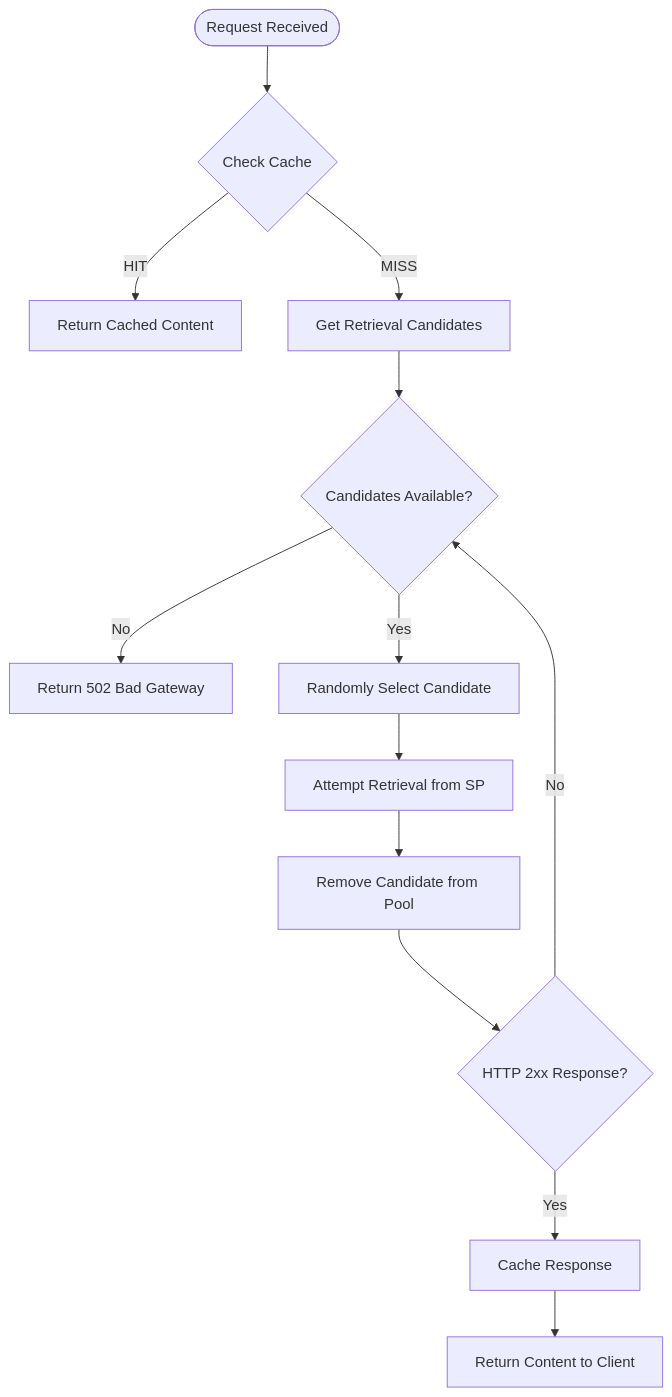
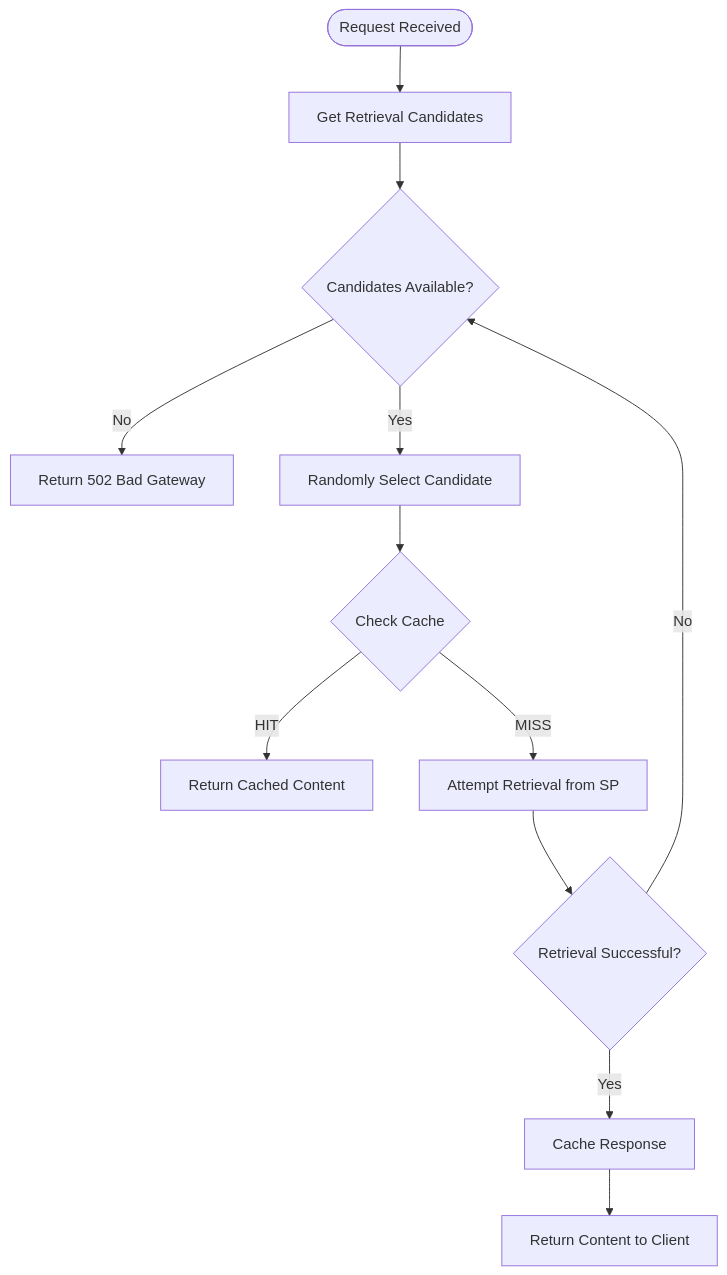
Before and after one commit to filbeam/docs: the diagram in explanation/retrieval-and-fallback.md, drawn with Mermaid. The commit also changed other lines of this file, not shown here.

Commit message:
fix chart and improve writing

````diff
--- a/explanation/retrieval-and-fallback.md
+++ b/explanation/retrieval-and-fallback.md
@@ -42,15 +42,14 @@
 ```mermaid
 flowchart TD
-    Start([Request Received]) --> CheckCache{Check Cache}
-    CheckCache -->|HIT| ReturnCached[Return Cached Content]
-    CheckCache -->|MISS| GetCandidates[Get Retrieval Candidates]
+    Start([Request Received]) --> GetCandidates[Get Retrieval Candidates]
     GetCandidates --> HasCandidates{Candidates Available?}
     HasCandidates -->|No| Return502[Return 502 Bad Gateway]
     HasCandidates -->|Yes| RandomSelect[Randomly Select Candidate]
-    RandomSelect --> AttemptRetrieval[Attempt Retrieval from SP]
-    AttemptRetrieval --> RemoveFromPool[Remove Candidate from Pool]
-    RemoveFromPool --> Success{HTTP 2xx Response?}
+    RandomSelect --> CheckCache{Check Cache}
+    CheckCache -->|HIT| ReturnCached[Return Cached Content]
+    CheckCache -->|MISS| AttemptRetrieval[Attempt Retrieval from SP]
+    AttemptRetrieval --> Success{Retrieval Successful?}
     Success -->|Yes| CacheResponse[Cache Response]
     CacheResponse --> ReturnContent[Return Content to Client]
     Success -->|No| HasCandidates
 ```
````
